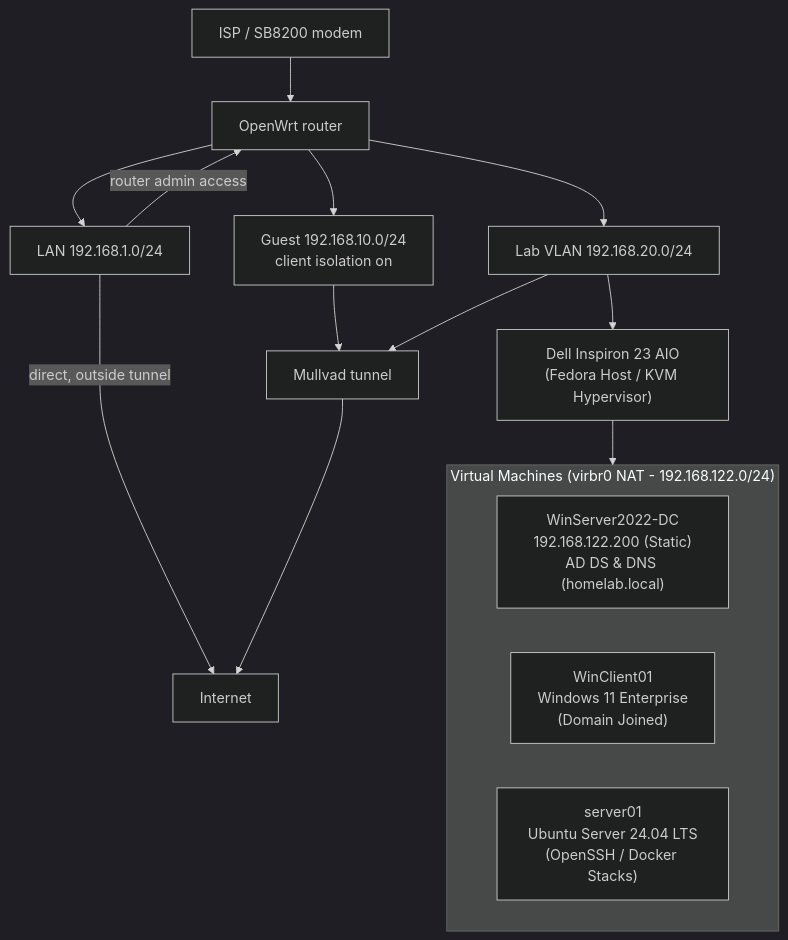
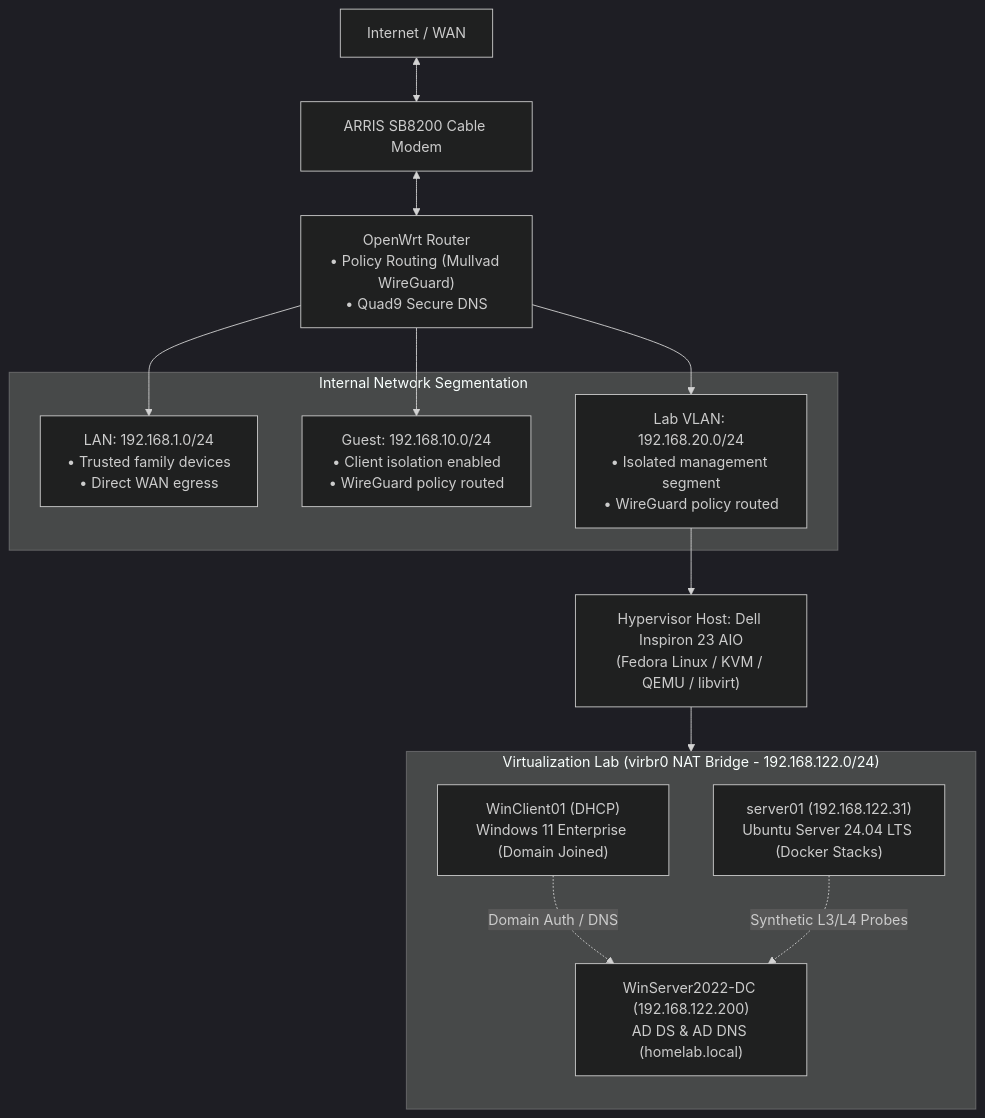
One commit to packet-lab-ops/homelab-docs changed the diagram in README.md. Above: the diagram before and after it, drawn with Mermaid (dark theme).

Commit message:
Enhance README with updated network diagram
Updated network diagram and added details about internal network segmentation and virtualization lab.

````diff
--- a/README.md
+++ b/README.md
@@ -15,23 +15,29 @@
 ```mermaid
 flowchart TD
-  ISP["ISP / SB8200 modem"] --> R["OpenWrt router"]
-  R --> LAN["LAN 192.168.1.0/24"]
-  R --> GUEST["Guest 192.168.10.0/24<br/>client isolation on"]
-  R --> LAB_NET["Lab VLAN 192.168.20.0/24"]
+  INET["Internet / WAN"] <--> MODEM["ARRIS SB8200 Cable Modem"]
+  MODEM <--> R["OpenWrt Router<br/>• Policy Routing (Mullvad WireGuard)<br/>• Quad9 Secure DNS"]
 
-  LAB_NET --> HOST["Dell Inspiron 23 AIO<br/>(Fedora Host / KVM Hypervisor)"]
-  
-  subgraph VMS["Virtual Machines (virbr0 NAT - 192.168.122.0/24)"]
-    DC["WinServer2022-DC<br/>192.168.122.200 (Static)<br/>AD DS & DNS (homelab.local)"]
-    CLIENT["WinClient01<br/>Windows 11 Enterprise<br/>(Domain Joined)"]
-    LINUX["server01<br/>Ubuntu Server 24.04 LTS<br/>(OpenSSH / Docker Stacks)"]
+  subgraph SUBNETS["Internal Network Segmentation"]
+    LAN["LAN: 192.168.1.0/24<br/>• Trusted family devices<br/>• Direct WAN egress"]
+    GUEST["Guest: 192.168.10.0/24<br/>• Client isolation enabled<br/>• WireGuard policy routed"]
+    LAB_NET["Lab VLAN: 192.168.20.0/24<br/>• Isolated management segment<br/>• WireGuard policy routed"]
   end
 
-  HOST --> VMS
+  R --> LAN
+  R --> GUEST
+  R --> LAB_NET
 
-  LAN -->|"router admin access"| R
-  LAN -->|"direct, outside tunnel"| NET["Internet"]
-  GUEST --> VPN["Mullvad tunnel"]
-  LAB_NET --> VPN
-  VPN --> NET
+  LAB_NET --> HOST["Hypervisor Host: Dell Inspiron 23 AIO<br/>(Fedora Linux / KVM / QEMU / libvirt)"]
+
+  subgraph VIRT["Virtualization Lab (virbr0 NAT Bridge - 192.168.122.0/24)"]
+    direction TB
+    DC["WinServer2022-DC (192.168.122.200)<br/>AD DS & AD DNS (homelab.local)"]
+    CLIENT["WinClient01 (DHCP)<br/>Windows 11 Enterprise (Domain Joined)"]
+    LINUX["server01 (192.168.122.31)<br/>Ubuntu Server 24.04 LTS (Docker Stacks)"]
+
+    CLIENT -.->|"Domain Auth / DNS"| DC
+    LINUX -.->|"Synthetic L3/L4 Probes"| DC
+  end
+
+  HOST --> VIRT
 ```
````
